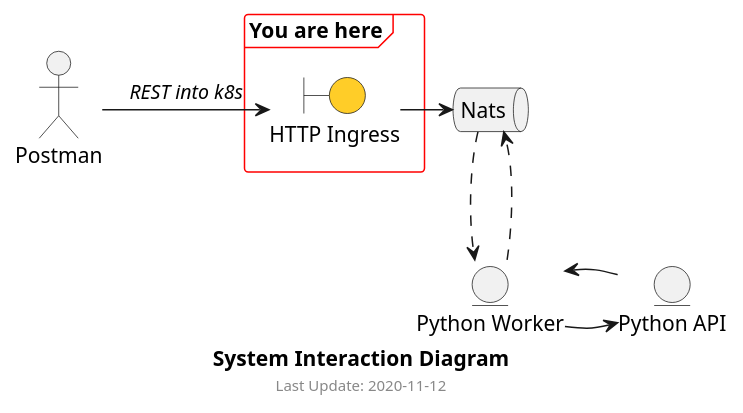
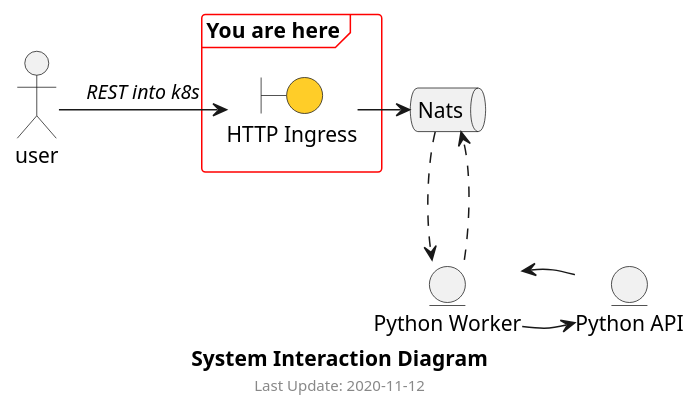
One commit to teedee22/microservices changed the diagram in diagrams/interactions_highlighted.puml. Above: the diagram before and after it, drawn with PlantUML. The commit also changed 3 other files, not shown here.

```diff
--- a/diagrams/interactions_highlighted.puml
+++ b/diagrams/interactions_highlighted.puml
@@ -1,27 +1,27 @@
 @startuml interaction diagram
 
 
 skinparam frame {
     borderColor Red
 }
 
 caption <b>System Interaction Diagram</b> 
 footer  Last Update: 2020-11-12
 
-actor postman as "Postman"
+actor user as "user"
 frame "You are here" {
 boundary http_ingress as "HTTP Ingress" #FFCD28
 }
 queue nats as "Nats"
 entity python_worker as "Python Worker"
 entity python_api as "Python API"
 
-postman -> http_ingress : <i>REST into k8s</i>
+user -> http_ingress : <i>REST into k8s</i>
 http_ingress -> nats 
 python_worker ..> nats 
 nats ..> python_worker
 
 python_worker -> python_api
 python_api -> python_worker
 
 @enduml
```
